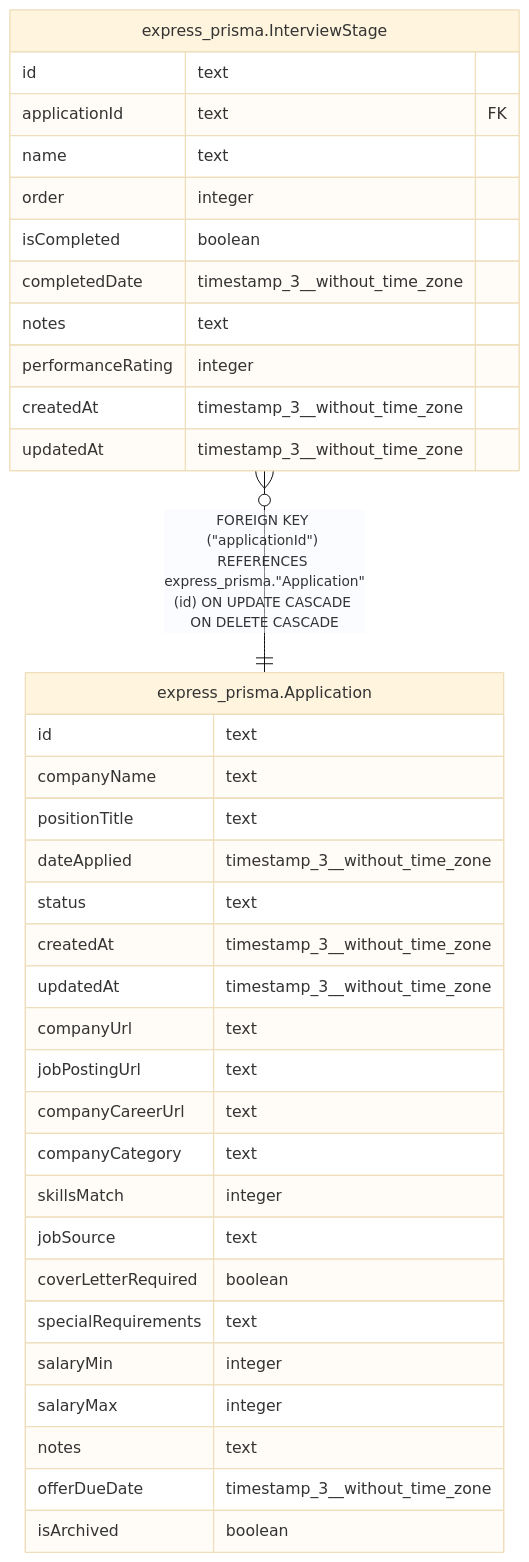
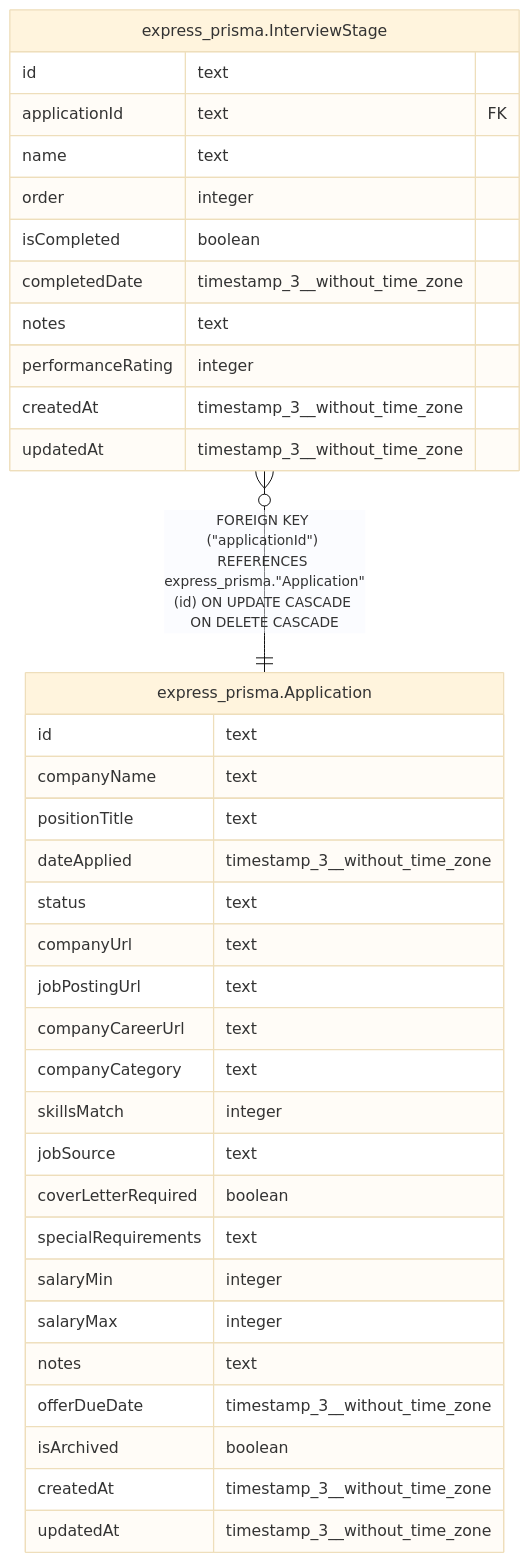
Before and after one commit to WhatIfWeDigDeeper/application-tracker: the diagram in docs/schema/express-prisma/express_prisma.InterviewStage.md, drawn with Mermaid (base theme). The commit also changed other lines of this file and 104 other files, not shown here.

````diff
--- a/docs/schema/express-prisma/express_prisma.InterviewStage.md
+++ b/docs/schema/express-prisma/express_prisma.InterviewStage.md
@@ -43,40 +43,40 @@
 ```mermaid
 erDiagram
 
 "express_prisma.InterviewStage" }o--|| "express_prisma.Application" : "FOREIGN KEY (#quot;applicationId#quot;) REFERENCES express_prisma.#quot;Application#quot;(id) ON UPDATE CASCADE ON DELETE CASCADE"
 
 "express_prisma.InterviewStage" {
   id text
   applicationId text FK
   name text
   order integer
   isCompleted boolean
   completedDate timestamp_3__without_time_zone
   notes text
   performanceRating integer
   createdAt timestamp_3__without_time_zone
   updatedAt timestamp_3__without_time_zone
 }
 "express_prisma.Application" {
   id text
   companyName text
   positionTitle text
   dateApplied timestamp_3__without_time_zone
   status text
-  createdAt timestamp_3__without_time_zone
-  updatedAt timestamp_3__without_time_zone
   companyUrl text
   jobPostingUrl text
   companyCareerUrl text
   companyCategory text
   skillsMatch integer
   jobSource text
   coverLetterRequired boolean
   specialRequirements text
   salaryMin integer
   salaryMax integer
   notes text
   offerDueDate timestamp_3__without_time_zone
   isArchived boolean
+  createdAt timestamp_3__without_time_zone
+  updatedAt timestamp_3__without_time_zone
 }
 ```
````
